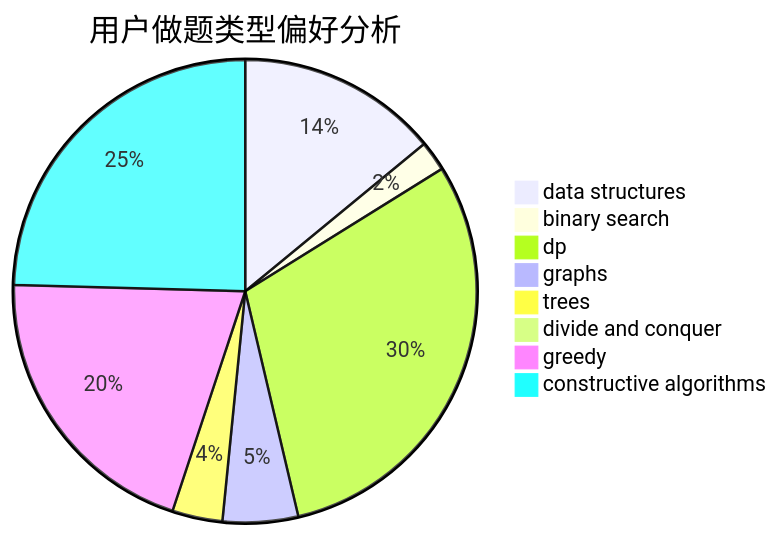
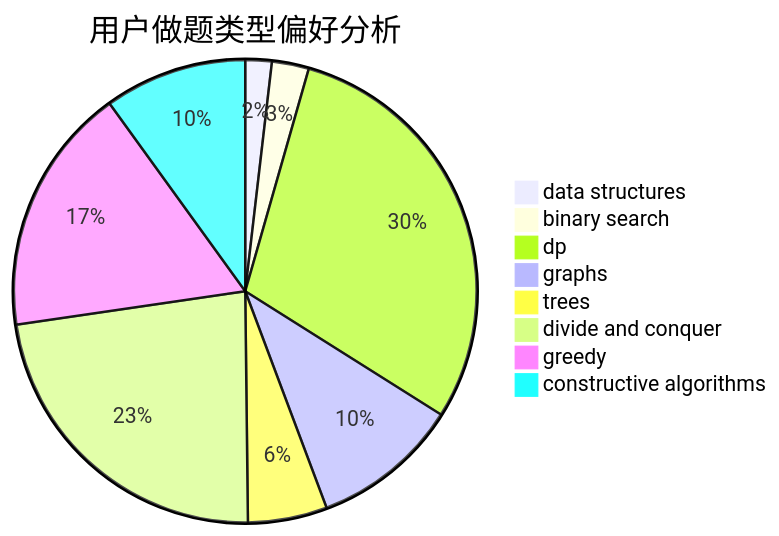
One commit to sherpahu/cfrs.github.io changed the second of 3 diagrams in docs/user/u1630.md. Above: the diagram before and after it, drawn with Mermaid. The commit also changed other lines of this file and 2770 other files, not shown here.

````diff
--- a/docs/user/u1630.md
+++ b/docs/user/u1630.md
@@ -23,11 +23,11 @@
 ```mermaid
 pie title 用户做题类型偏好分析
-    "data structures" :  40
-    "binary search" :  6
-    "dp" :  86
-    "graphs" :  15
-    "trees" :  10
-    "divide and conquer" :  0
-    "greedy" :  58
-    "constructive algorithms" :  70
+    "data structures" :  5
+    "binary search" :  7
+    "dp" :  80
+    "graphs" :  28
+    "trees" :  15
+    "divide and conquer" :  62
+    "greedy" :  47
+    "constructive algorithms" :  27
 ```
````
